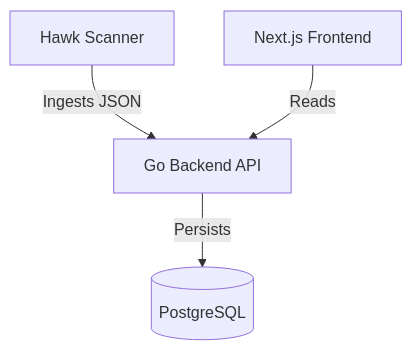
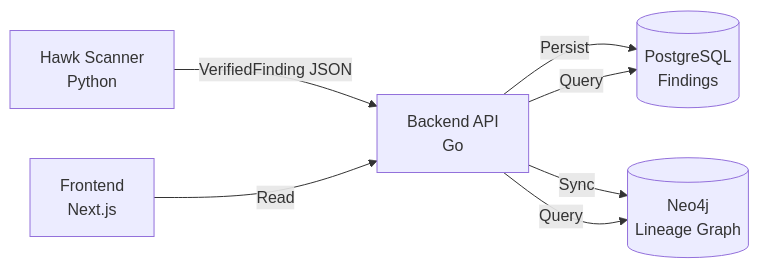
The first of 3 diagrams in docs/architecture/overview.md (bharat-parihar/ARC-Hawk), drawn with Mermaid before and after one commit. The commit also changed other lines of this file and 19 other files, not shown here.

````diff
--- a/docs/architecture/overview.md
+++ b/docs/architecture/overview.md
@@ -25,6 +46,9 @@
 ```mermaid
-graph TD
-    Scanner[Hawk Scanner] -->|Ingests JSON| API[Go Backend API]
-    API -->|Persists| DB[(PostgreSQL)]
-    Dashboard[Next.js Frontend] -->|Reads| API
+graph LR
+    Scanner[Hawk Scanner<br/>Python] -->|VerifiedFinding JSON| API[Backend API<br/>Go]
+    API -->|Persist| PG[(PostgreSQL<br/>Findings)]
+    API -->|Sync| Neo4j[(Neo4j<br/>Lineage Graph)]
+    Dashboard[Frontend<br/>Next.js] -->|Read| API
+    API -->|Query| PG
+    API -->|Query| Neo4j
 ```
````
